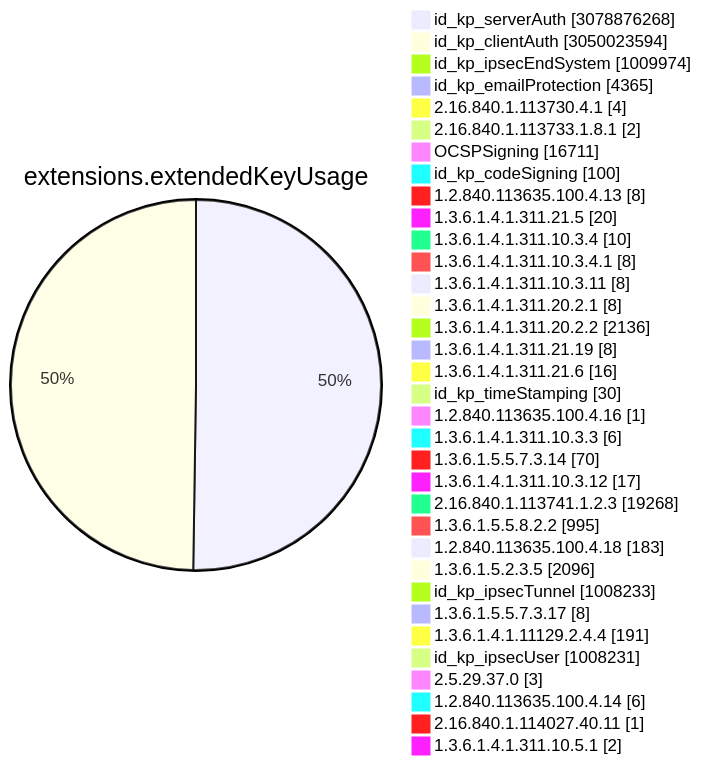
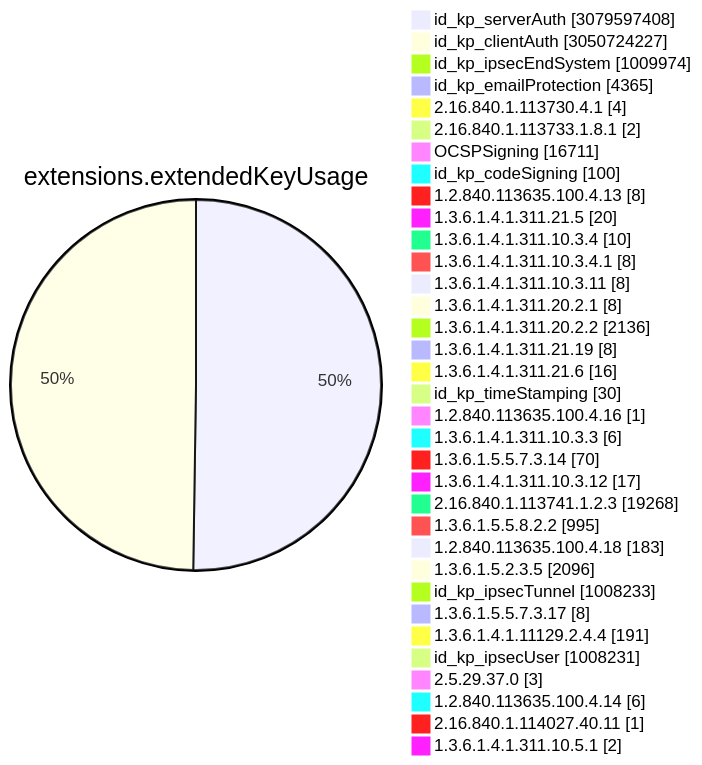
Before and after one commit to christiankrug/ctmonitor_visualization: diagram 11 of 15 in TOTAL/README.md, drawn with Mermaid. The commit also changed other lines of this file, not shown here.

````diff
--- a/TOTAL/README.md
+++ b/TOTAL/README.md
@@ -4117,38 +4117,38 @@
 ```mermaid
 pie showData
 title extensions.extendedKeyUsage
-"id_kp_serverAuth" :3078876268
-"id_kp_clientAuth" :3050023594
+"id_kp_serverAuth" :3079597408
+"id_kp_clientAuth" :3050724227
 "id_kp_ipsecEndSystem" :1009974
 "id_kp_emailProtection" :4365
 "2.16.840.1.113730.4.1" :4
 "2.16.840.1.113733.1.8.1" :2
 "OCSPSigning" :16711
 "id_kp_codeSigning" :100
 "1.2.840.113635.100.4.13" :8
 "1.3.6.1.4.1.311.21.5" :20
 "1.3.6.1.4.1.311.10.3.4" :10
 "1.3.6.1.4.1.311.10.3.4.1" :8
 "1.3.6.1.4.1.311.10.3.11" :8
 "1.3.6.1.4.1.311.20.2.1" :8
 "1.3.6.1.4.1.311.20.2.2" :2136
 "1.3.6.1.4.1.311.21.19" :8
 "1.3.6.1.4.1.311.21.6" :16
 "id_kp_timeStamping" :30
 "1.2.840.113635.100.4.16" :1
 "1.3.6.1.4.1.311.10.3.3" :6
 "1.3.6.1.5.5.7.3.14" :70
 "1.3.6.1.4.1.311.10.3.12" :17
 "2.16.840.1.113741.1.2.3" :19268
 "1.3.6.1.5.5.8.2.2" :995
 "1.2.840.113635.100.4.18" :183
 "1.3.6.1.5.2.3.5" :2096
 "id_kp_ipsecTunnel" :1008233
 "1.3.6.1.5.5.7.3.17" :8
 "1.3.6.1.4.1.11129.2.4.4" :191
 "id_kp_ipsecUser" :1008231
 "2.5.29.37.0" :3
 "1.2.840.113635.100.4.14" :6
 "2.16.840.1.114027.40.11" :1
 "1.3.6.1.4.1.311.10.5.1" :2
 ```
````
